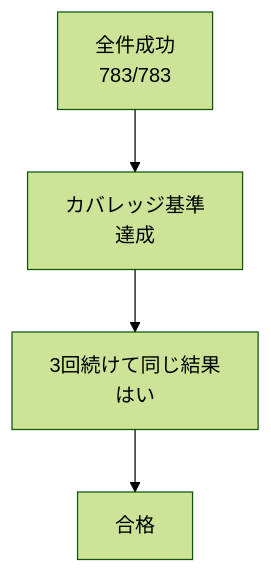
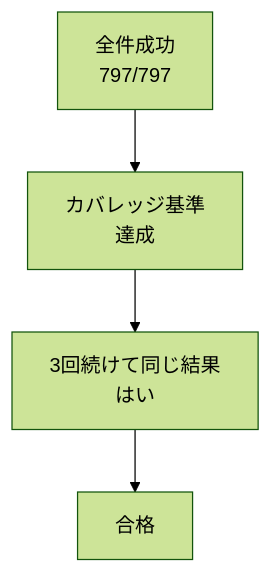
The third of 4 diagrams in documents/モジュールテスト結果報告書_RPG学習アプリ.md (pocarialice/rpglearning), drawn with Mermaid (forest theme) before and after one commit. The commit also changed other lines of this file and 34 other files, not shown here.

````diff
--- a/documents/モジュールテスト結果報告書_RPG学習アプリ.md
+++ b/documents/モジュールテスト結果報告書_RPG学習アプリ.md
@@ -1561,6 +1576,6 @@
 ```mermaid
 flowchart TD
-  A["全件成功<br>783/783"] --> B["カバレッジ基準<br>達成"]
+  A["全件成功<br>797/797"] --> B["カバレッジ基準<br>達成"]
   B --> C["3回続けて同じ結果<br>はい"]
   C --> D["合格"]
 ```
````
